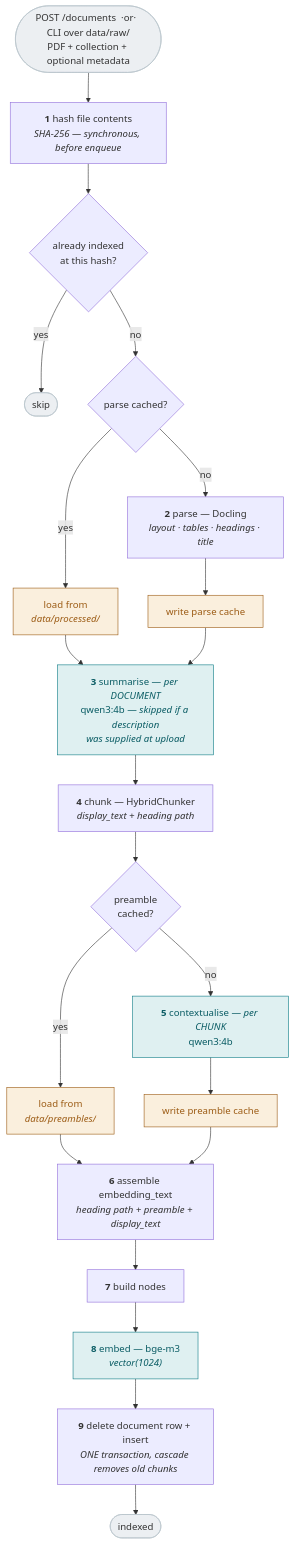
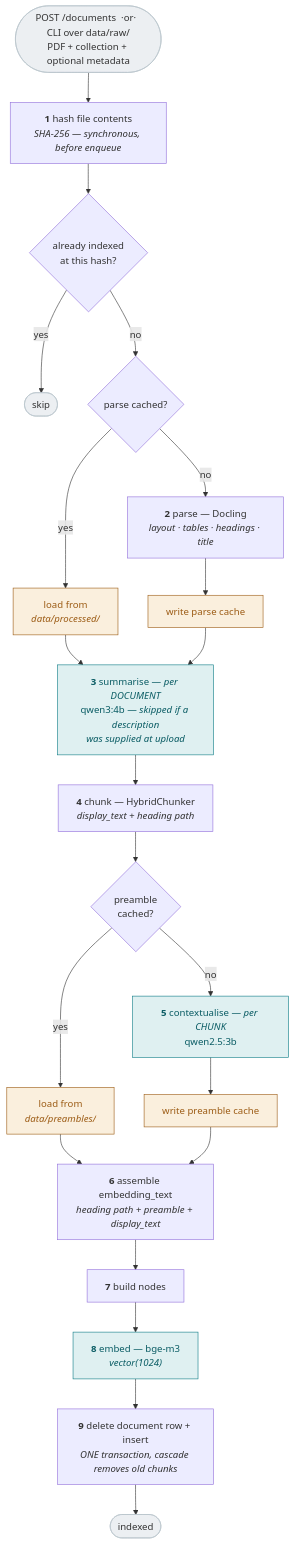
One commit to chirag-sanghvi-93/document_search_platform changed the fourth of 6 diagrams in doc/02-architecture.md. Above: the diagram before and after it, drawn with Mermaid. The commit also changed other lines of this file and 1 other file, not shown here.

Commit message:
UPDATED problem-statement and Architecture

````diff
--- a/doc/02-architecture.md
+++ b/doc/02-architecture.md
@@ -223,39 +223,39 @@
 ```mermaid
 flowchart TB
     start(["POST /documents &nbsp;·or·&nbsp; CLI over data/raw/<br/>PDF + collection + optional metadata"]) --> hash["<b>1</b> hash file contents<br/><i>SHA-256 — synchronous, before enqueue</i>"]
 
     hash --> indexed{"already indexed<br/>at this hash?"}
     indexed -->|yes| skip(["skip"])
 
     indexed -->|no| parsecache{"parse cached?"}
     parsecache -->|yes| loadparse["load from<br/><i>data/processed/</i>"]
     parsecache -->|no| parse["<b>2</b> parse — Docling<br/><i>layout · tables · headings · title</i>"]
     parse --> writeparse["write parse cache"]
 
     loadparse --> summarise
     writeparse --> summarise
 
     summarise["<b>3</b> summarise — <i>per DOCUMENT</i><br/>qwen3:4b — <i>skipped if a description<br/>was supplied at upload</i>"]
     summarise --> chunk["<b>4</b> chunk — HybridChunker<br/><i>display_text + heading path</i>"]
 
     chunk --> ctxcache{"preamble<br/>cached?"}
     ctxcache -->|yes| loadctx["load from<br/><i>data/preambles/</i>"]
-    ctxcache -->|no| contextualise["<b>5</b> contextualise — <i>per CHUNK</i><br/>qwen3:4b"]
+    ctxcache -->|no| contextualise["<b>5</b> contextualise — <i>per CHUNK</i><br/>qwen2.5:3b"]
     contextualise --> writectx["write preamble cache"]
 
     loadctx --> assemble
     writectx --> assemble
 
     assemble["<b>6</b> assemble embedding_text<br/><i>heading path + preamble + display_text</i>"]
     assemble --> nodes["<b>7</b> build nodes"]
     nodes --> embed["<b>8</b> embed — bge-m3<br/><i>vector(1024)</i>"]
     embed --> write["<b>9</b> delete document row + insert<br/><i>ONE transaction, cascade removes old chunks</i>"]
     write --> done(["indexed"])
 
     classDef model fill:#DFF0F1,stroke:#0E7C86,color:#0A5C64
     classDef cache fill:#FAEFDD,stroke:#9C5C15,color:#9C5C15
     classDef term fill:#ECEFF2,stroke:#B9C4CC
     class summarise,contextualise,embed model
     class loadparse,writeparse,loadctx,writectx cache
     class start,skip,done term
 ```
````
